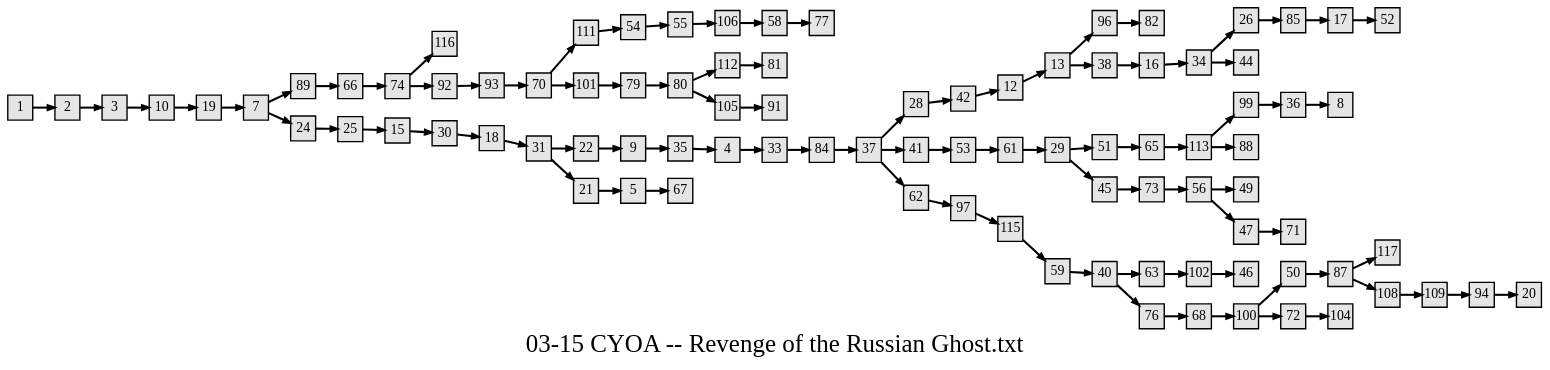
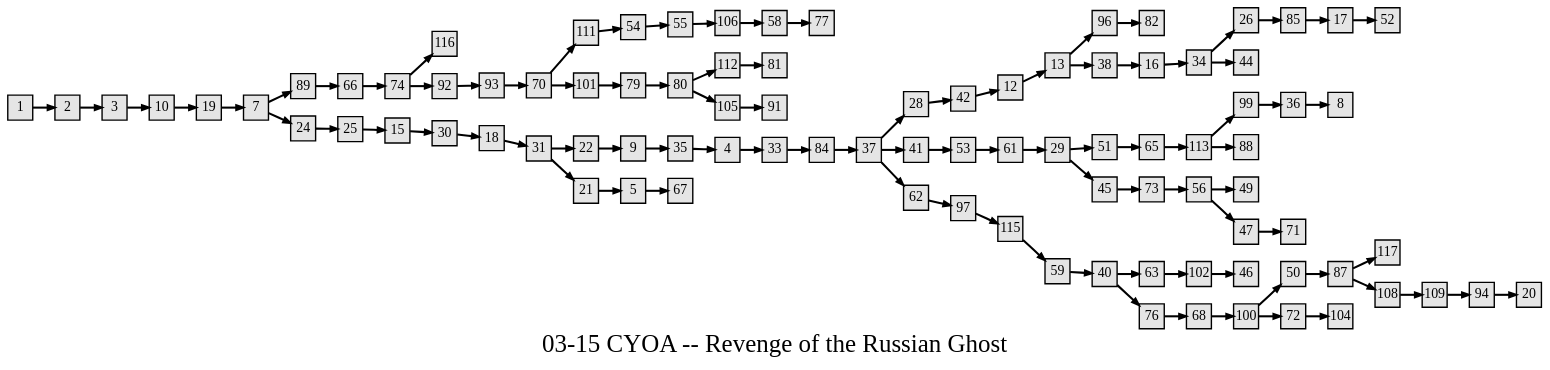
One commit to jeremydouglass/transverse-gallery changed the diagram in assets/gamebooks/graphviz/03-15 CYOA -- Revenge of the Russian Ghost.txt.gv. Above: the diagram before and after it, drawn with Graphviz. The commit also changed 748 other files, not shown here.

```diff
--- a/assets/gamebooks/graphviz/03-15 CYOA -- Revenge of the Russian Ghost.txt.gv
+++ b/assets/gamebooks/graphviz/03-15 CYOA -- Revenge of the Russian Ghost.txt.gv
@@ -1,98 +1,98 @@
 digraph g{
-  graph [ label="03-15 CYOA -- Revenge of the Russian Ghost.txt" rankdir=LR, ordering=out, fontsize=36, nodesep="0.35", ranksep="0.45"];
+  graph [ label="03-15 CYOA -- Revenge of the Russian Ghost" rankdir=LR, ordering=out, fontsize=36, nodesep="0.35", ranksep="0.45"];
   node  [shape=rect, penwidth=2, fontsize=20, style=filled, fillcolor=grey90, margin="0,0", labelfloat=true, regular=true, fixedsize=true];
   edge  [labelfloat=true, penwidth=3, fontsize=12];
 
   1 -> 2;
   2 -> 3;
   3 -> 10;
   4 -> 33;
   5 -> 67;
   7 -> 89;
   7 -> 24;
   9 -> 35;
   10 -> 19;
   12 -> 13;
   13 -> 96;
   13 -> 38;
   15 -> 30;
   16 -> 34;
   17 -> 52;
   18 -> 31;
   19 -> 7;
   21 -> 5;
   22 -> 9;
   24 -> 25;
   25 -> 15;
   26 -> 85;
   28 -> 42;
   29 -> 51;
   29 -> 45;
   30 -> 18;
   31 -> 22;
   31 -> 21;
   33 -> 84;
   34 -> 26;
   34 -> 44;
   35 -> 4;
   36 -> 8;
   37 -> 28;
   37 -> 41;
   37 -> 62;
   38 -> 16;
   40 -> 63;
   40 -> 76;
   41 -> 53;
   42 -> 12;
   45 -> 73;
   47 -> 71;
   50 -> 87;
   51 -> 65;
   53 -> 61;
   54 -> 55;
   55 -> 106;
   56 -> 49;
   56 -> 47;
   58 -> 77;
   59 -> 40;
   61 -> 29;
   62 -> 97;
   63 -> 102;
   65 -> 113;
   66 -> 74;
   68 -> 100;
   70 -> 111;
   70 -> 101;
   72 -> 104;
   73 -> 56;
   74 -> 116;
   74 -> 92;
   76 -> 68;
   79 -> 80;
   80 -> 112;
   80 -> 105;
   84 -> 37;
   85 -> 17;
   87 -> 117;
   87 -> 108;
   89 -> 66;
   92 -> 93;
   93 -> 70;
   94 -> 20;
   96 -> 82;
   97 -> 115;
   99 -> 36;
   100 -> 50;
   100 -> 72;
   101 -> 79;
   102 -> 46;
   105 -> 91;
   106 -> 58;
   108 -> 109;
   109 -> 94;
   111 -> 54;
   112 -> 81;
   113 -> 99;
   113 -> 88;
   115 -> 59;
 }
```
